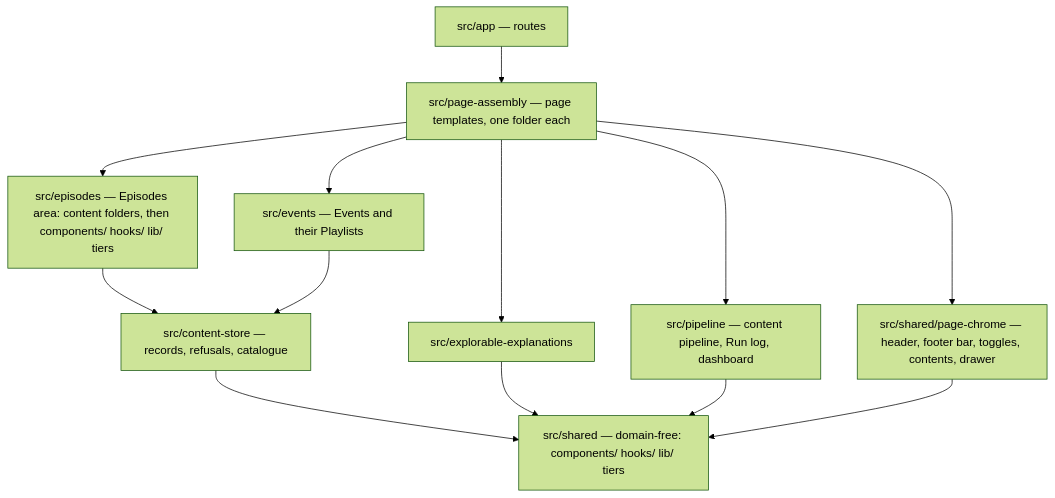
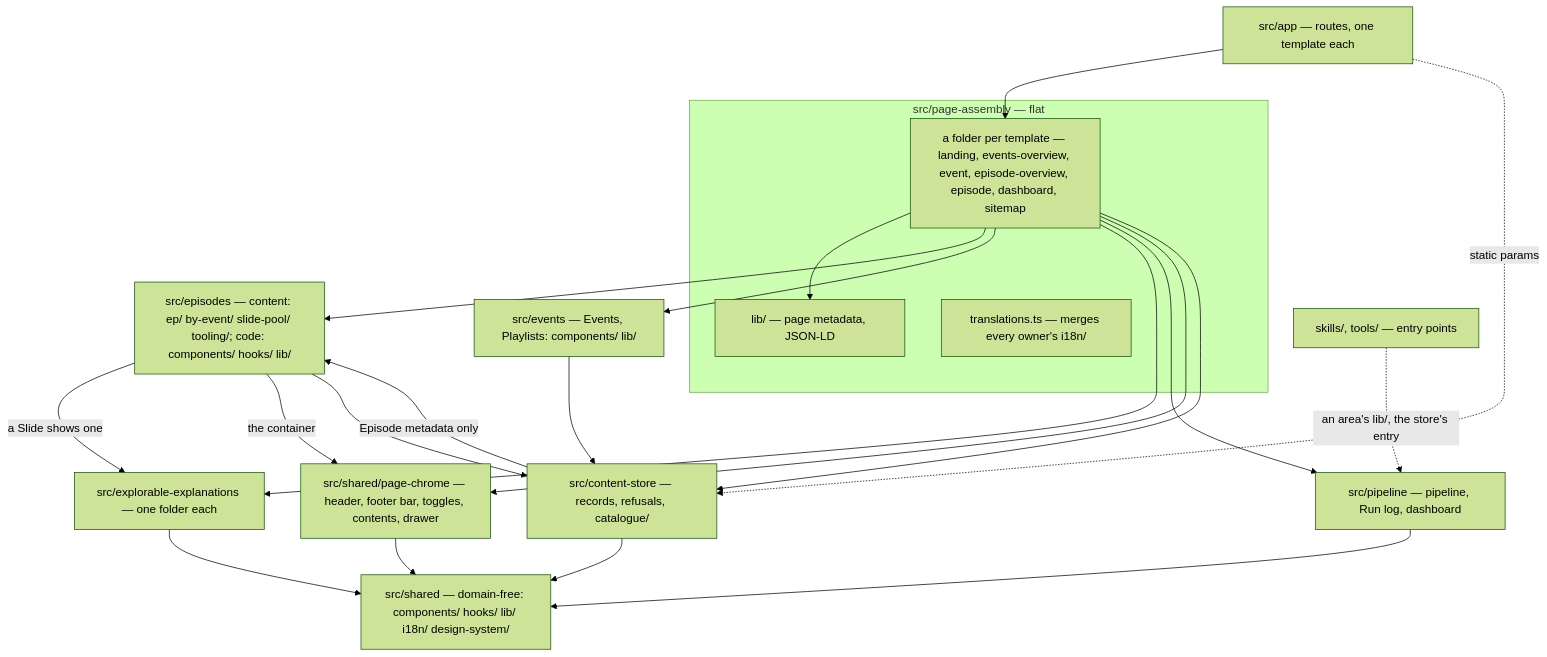
Before and after one commit to hancrafted/content-library: the first of 5 diagrams in .archgate/adrs/FE-004-slide-architecture.md, drawn with Mermaid (forest theme). The commit also changed other lines of this file and 6 other files, not shown here.

````diff
--- a/.archgate/adrs/FE-004-slide-architecture.md
+++ b/.archgate/adrs/FE-004-slide-architecture.md
@@ -22,15 +22,25 @@
 ```mermaid
 flowchart TD
-  app["src/app — routes"] --> pages["src/page-assembly — page templates, one folder each"]
-  pages --> area["src/episodes — Episodes area: content folders, then components/ hooks/ lib/ tiers"]
-  pages --> events["src/events — Events and their Playlists"]
-  pages --> explain["src/explorable-explanations"]
-  pages --> pipeline["src/pipeline — content pipeline, Run log, dashboard"]
-  pages --> chrome["src/shared/page-chrome — header, footer bar, toggles, contents, drawer"]
-  area --> store["src/content-store — records, refusals, catalogue"]
+  app["src/app — routes, one template each"] --> tpl
+  subgraph pa["src/page-assembly — flat"]
+    tpl["a folder per template — landing, events-overview, event, episode-overview, episode, dashboard, sitemap"] --> palib["lib/ — page metadata, JSON-LD"]
+    merge["translations.ts — merges every owner's i18n/"]
+  end
+  tpl --> episodes["src/episodes — content: ep/ by-event/ slide-pool/ tooling/; code: components/ hooks/ lib/"]
+  tpl --> events["src/events — Events, Playlists: components/ lib/"]
+  tpl --> explain["src/explorable-explanations — one folder each"]
+  tpl --> pipeline["src/pipeline — pipeline, Run log, dashboard"]
+  tpl --> chrome["src/shared/page-chrome — header, footer bar, toggles, contents, drawer"]
+  episodes -- "a Slide shows one" --> explain
+  episodes -- "the container" --> chrome
+  tpl --> store["src/content-store — records, refusals, catalogue/"]
+  app -. "static params" .-> store
+  episodes --> store
   events --> store
-  store --> shared["src/shared — domain-free: components/ hooks/ lib/ tiers"]
+  store -- "Episode metadata only" --> episodes
+  store --> shared["src/shared — domain-free: components/ hooks/ lib/ i18n/ design-system/"]
   explain --> shared
   pipeline --> shared
   chrome --> shared
+  tools["skills/, tools/ — entry points"] -. "an area's lib/, the store's entry" .-> pipeline
 ```
````
